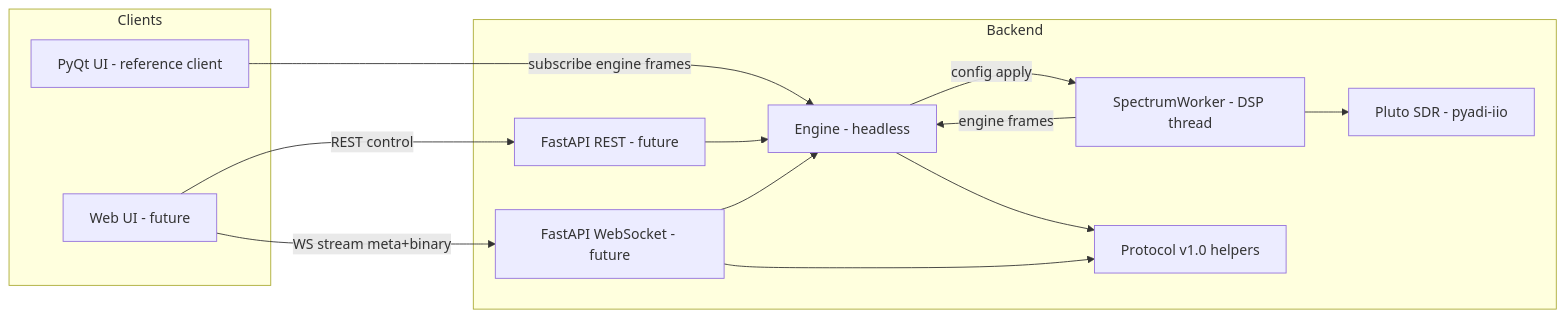
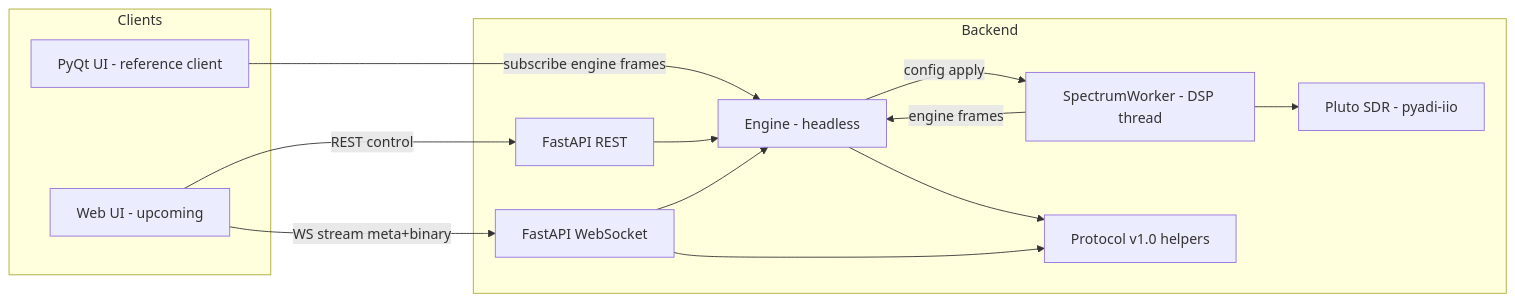
Before and after one commit to michalisk13/simple-spectrum: the diagram in docs/ARCHITECTURE_DIAGRAM.md, drawn with Mermaid. The commit also changed 4 other files, not shown here.

````diff
--- a/docs/ARCHITECTURE_DIAGRAM.md
+++ b/docs/ARCHITECTURE_DIAGRAM.md
@@ -3,27 +3,27 @@
 ```mermaid
 flowchart LR
     subgraph Clients
         Qt[PyQt UI - reference client]
-        Web[Web UI - future]
+        Web[Web UI - upcoming]
     end
 
     subgraph Backend
         Engine[Engine - headless]
         Worker[SpectrumWorker - DSP thread]
         SDR[Pluto SDR - pyadi-iio]
         Protocol[Protocol v1.0 helpers]
-        REST[FastAPI REST - future]
-        WS[FastAPI WebSocket - future]
+        REST[FastAPI REST]
+        WS[FastAPI WebSocket]
     end
 
     Qt -->|subscribe engine frames| Engine
     Web -->|REST control| REST
     Web -->|WS stream meta+binary| WS
     REST --> Engine
     WS --> Engine
     Engine -->|config apply| Worker
     Worker -->|engine frames| Engine
     Worker --> SDR
     Engine --> Protocol
     WS --> Protocol
 ```
````
